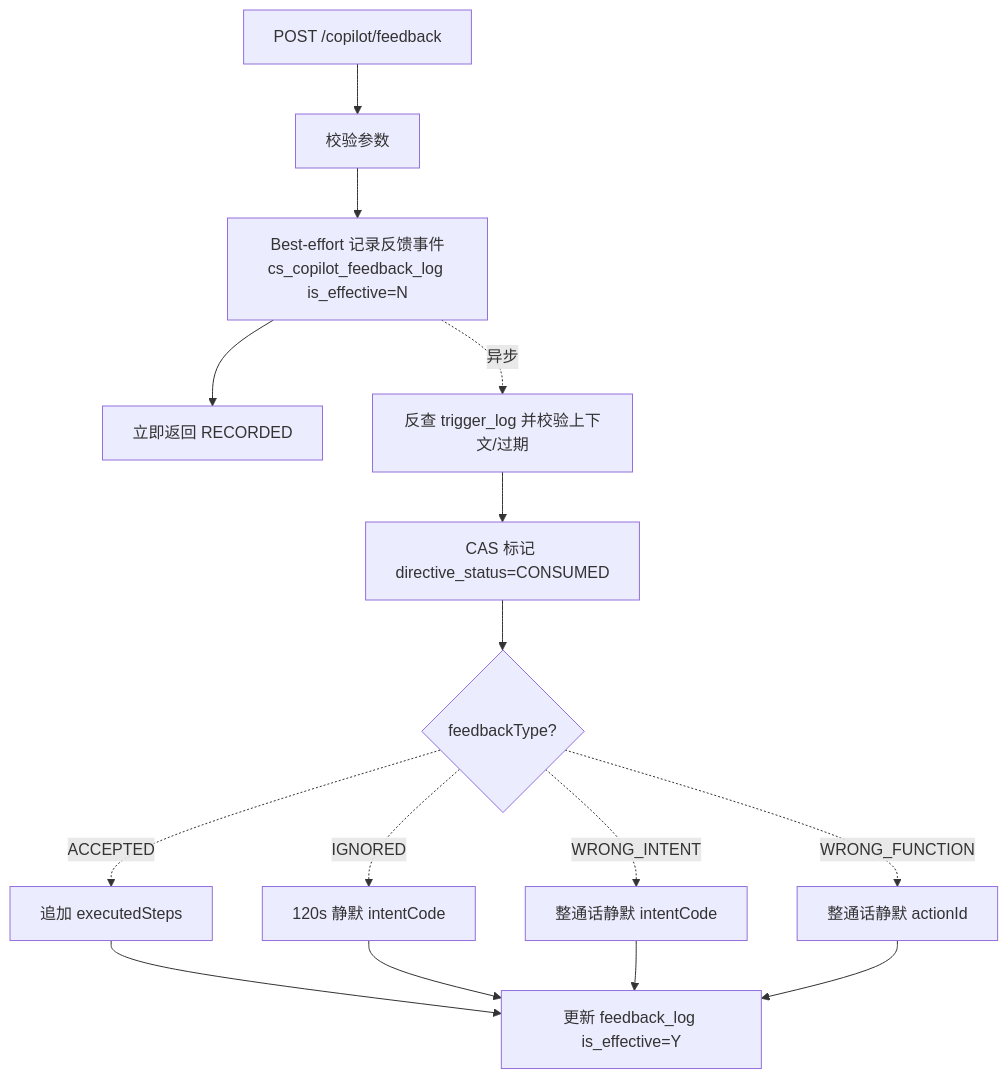
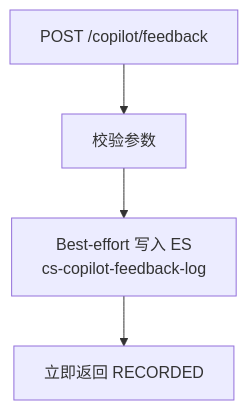
Diagram 14 of 24 in cs-copilot-service/docs/dd-v1.2.md (qzz617/copilot), drawn with Mermaid before and after one commit. The commit also changed other lines of this file and 8 other files, not shown here.

````diff
--- a/cs-copilot-service/docs/dd-v1.2.md
+++ b/cs-copilot-service/docs/dd-v1.2.md
@@ -1831,17 +1831,6 @@
 ```mermaid
 flowchart TD
     A[POST /copilot/feedback] --> B[校验参数]
-    B --> C[Best-effort 记录反馈事件<br/>cs_copilot_feedback_log is_effective=N]
+    B --> C[Best-effort 写入 ES<br/>cs-copilot-feedback-log]
     C --> D[立即返回 RECORDED]
-    C -.异步.-> E[反查 trigger_log 并校验上下文/过期]
-    E --> F[CAS 标记 directive_status=CONSUMED]
-    F --> G{feedbackType?}
-    G -.ACCEPTED.-> H[追加 executedSteps]
-    G -.IGNORED.-> I[120s 静默 intentCode]
-    G -.WRONG_INTENT.-> J[整通话静默 intentCode]
-    G -.WRONG_FUNCTION.-> K[整通话静默 actionId]
-    H --> L[更新 feedback_log is_effective=Y]
-    I --> L
-    J --> L
-    K --> L
 ```
````
